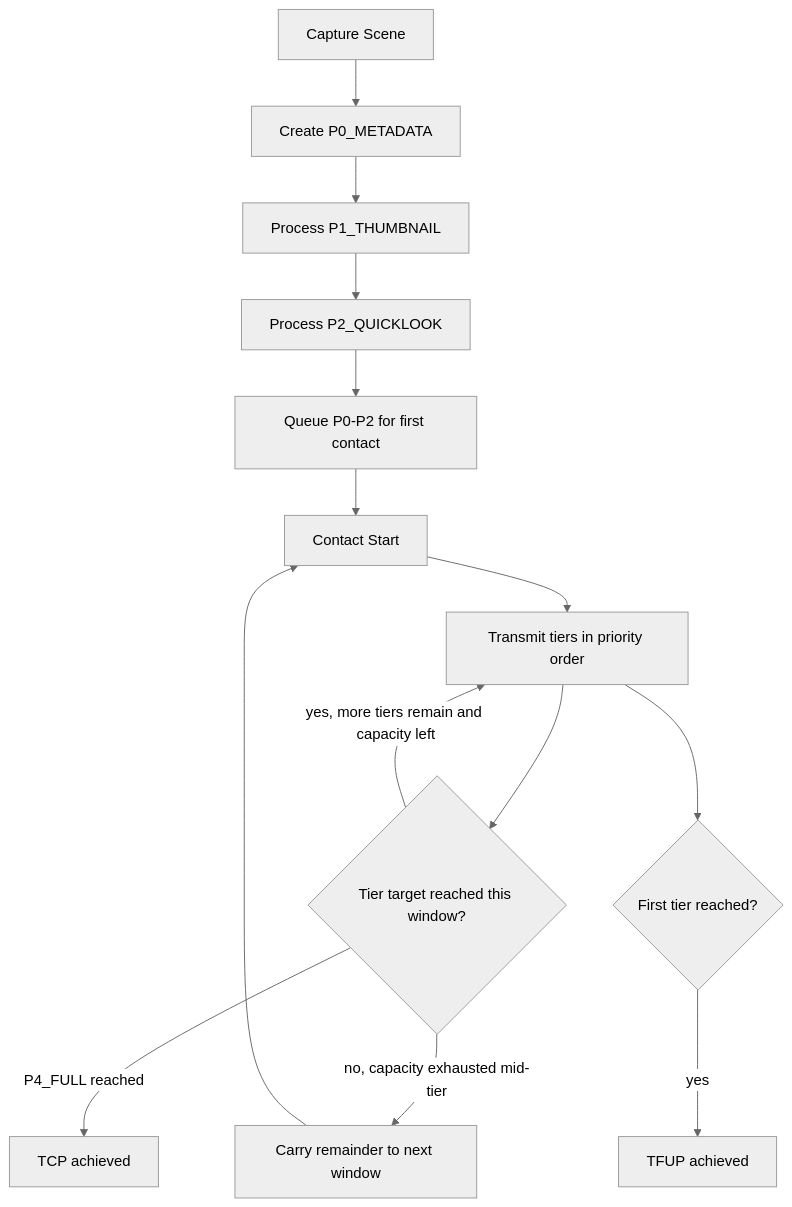
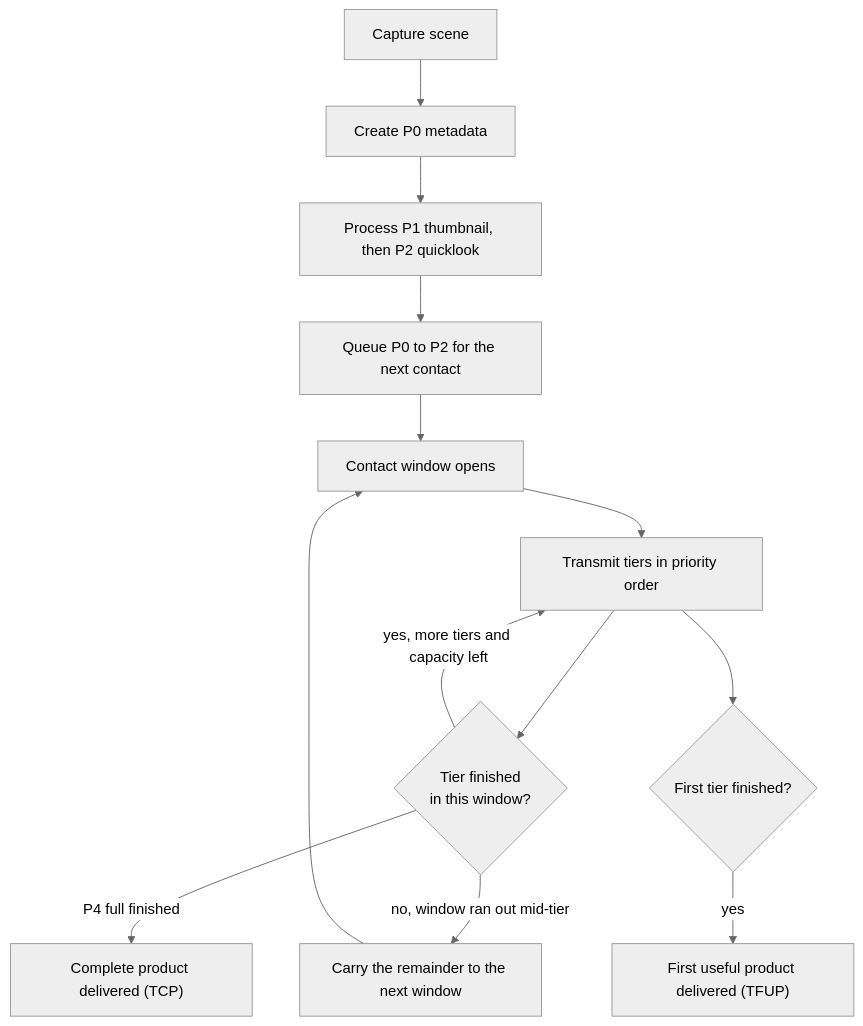
The third of 6 diagrams in docs/ARCHITECTURE_VIEWS.md (noahstephenson/leo-edge-architecture), drawn with Mermaid (neutral theme) before and after one commit. The commit also changed other lines of this file and 8 other files, not shown here.

First line of the commit message:
Add Mermaid diagrams to the architecture docs and rebuild the weak ones

````diff
--- a/docs/ARCHITECTURE_VIEWS.md
+++ b/docs/ARCHITECTURE_VIEWS.md
@@ -148,16 +109,15 @@
 ```mermaid
 flowchart TD
-    A[Capture Scene] --> B[Create P0_METADATA]
-    B --> C[Process P1_THUMBNAIL]
-    C --> D[Process P2_QUICKLOOK]
-    D --> E[Queue P0-P2 for first contact]
-    E --> F[Contact Start]
-    F --> G[Transmit tiers in priority order]
-    G --> H{Tier target reached this window?}
-    H -->|yes, more tiers remain and capacity left| G
-    H -->|no, capacity exhausted mid-tier| I[Carry remainder to next window]
+    A["Capture scene"] --> B["Create P0 metadata"]
+    B --> C["Process P1 thumbnail, then P2 quicklook"]
+    C --> D["Queue P0 to P2 for the next contact"]
+    D --> F["Contact window opens"]
+    F --> G["Transmit tiers in priority order"]
+    G --> H{"Tier finished<br/>in this window?"}
+    H -->|"yes, more tiers and capacity left"| G
+    H -->|"no, window ran out mid-tier"| I["Carry the remainder to the next window"]
     I --> F
-    H -->|P4_FULL reached| J[TCP achieved]
-    G --> K{First tier reached?}
-    K -->|yes| L[TFUP achieved]
+    H -->|"P4 full finished"| J["Complete product delivered (TCP)"]
+    G --> K{"First tier finished?"}
+    K -->|"yes"| L["First useful product delivered (TFUP)"]
 ```
````
